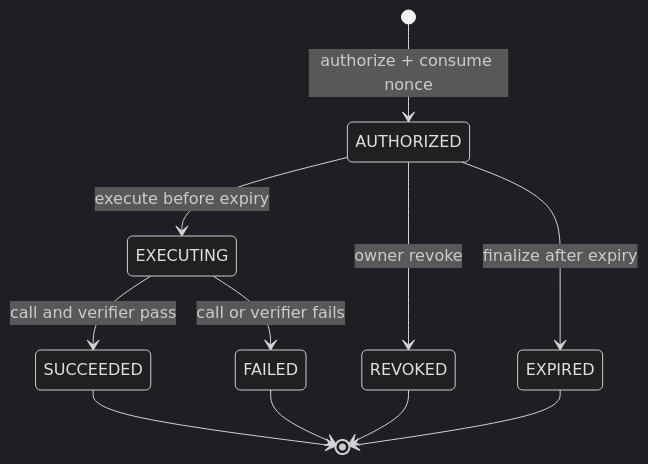
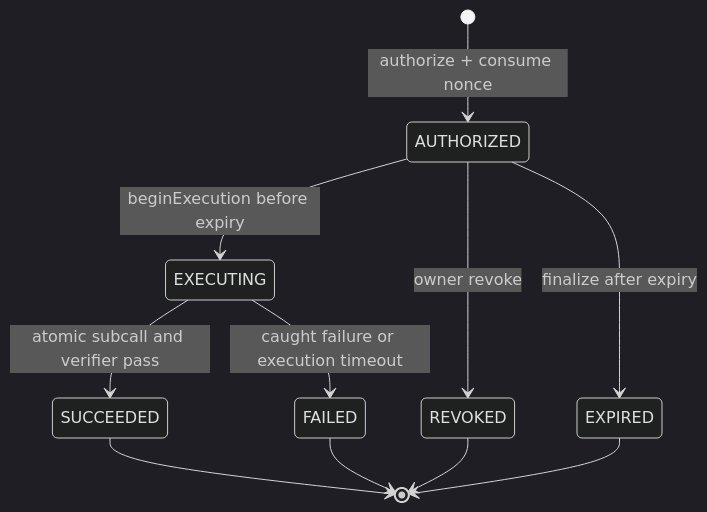
One commit to Dylansius11/perago changed the fourth of 5 diagrams in docs/technical/ARCHITECTURE.md. Above: the diagram before and after it, drawn with Mermaid (dark theme). The commit also changed other lines of this file and 2 other files, not shown here.

````diff
--- a/docs/technical/ARCHITECTURE.md
+++ b/docs/technical/ARCHITECTURE.md
@@ -262,13 +263,13 @@
 ```mermaid
 stateDiagram-v2
   [*] --> AUTHORIZED: authorize + consume nonce
-  AUTHORIZED --> EXECUTING: execute before expiry
+  AUTHORIZED --> EXECUTING: beginExecution before expiry
   AUTHORIZED --> REVOKED: owner revoke
   AUTHORIZED --> EXPIRED: finalize after expiry
-  EXECUTING --> SUCCEEDED: call and verifier pass
-  EXECUTING --> FAILED: call or verifier fails
+  EXECUTING --> SUCCEEDED: atomic subcall and verifier pass
+  EXECUTING --> FAILED: caught failure or execution timeout
   SUCCEEDED --> [*]
   FAILED --> [*]
   REVOKED --> [*]
   EXPIRED --> [*]
 ```
````
